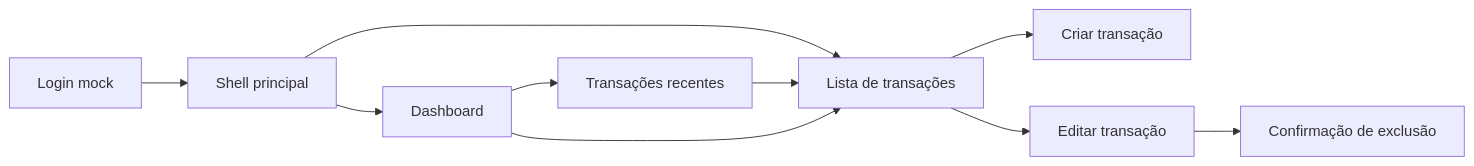
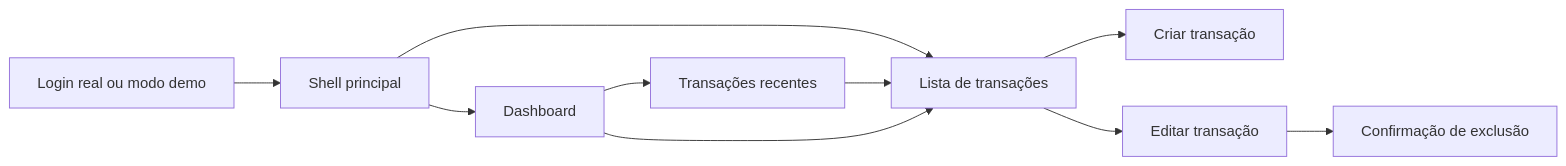
The first of 3 diagrams in README.md (leomoraesitu/fintrack), drawn with Mermaid before and after one commit. The commit also changed other lines of this file and 129 other files, not shown here.

````diff
--- a/README.md
+++ b/README.md
@@ -119,12 +143,12 @@
 ```mermaid
 flowchart LR
-	A[Login mock] --> B[Shell principal]
-	B --> C[Dashboard]
-	B --> D[Lista de transações]
-	C --> I[Transações recentes]
-	I --> D
-	D --> E[Criar transação]
-	D --> F[Editar transação]
-	F --> H[Confirmação de exclusão]
-	C --> D
+  A[Login real ou modo demo] --> B[Shell principal]
+  B --> C[Dashboard]
+  B --> D[Lista de transações]
+  C --> I[Transações recentes]
+  I --> D
+  D --> E[Criar transação]
+  D --> F[Editar transação]
+  F --> H[Confirmação de exclusão]
+  C --> D
 ```
````
